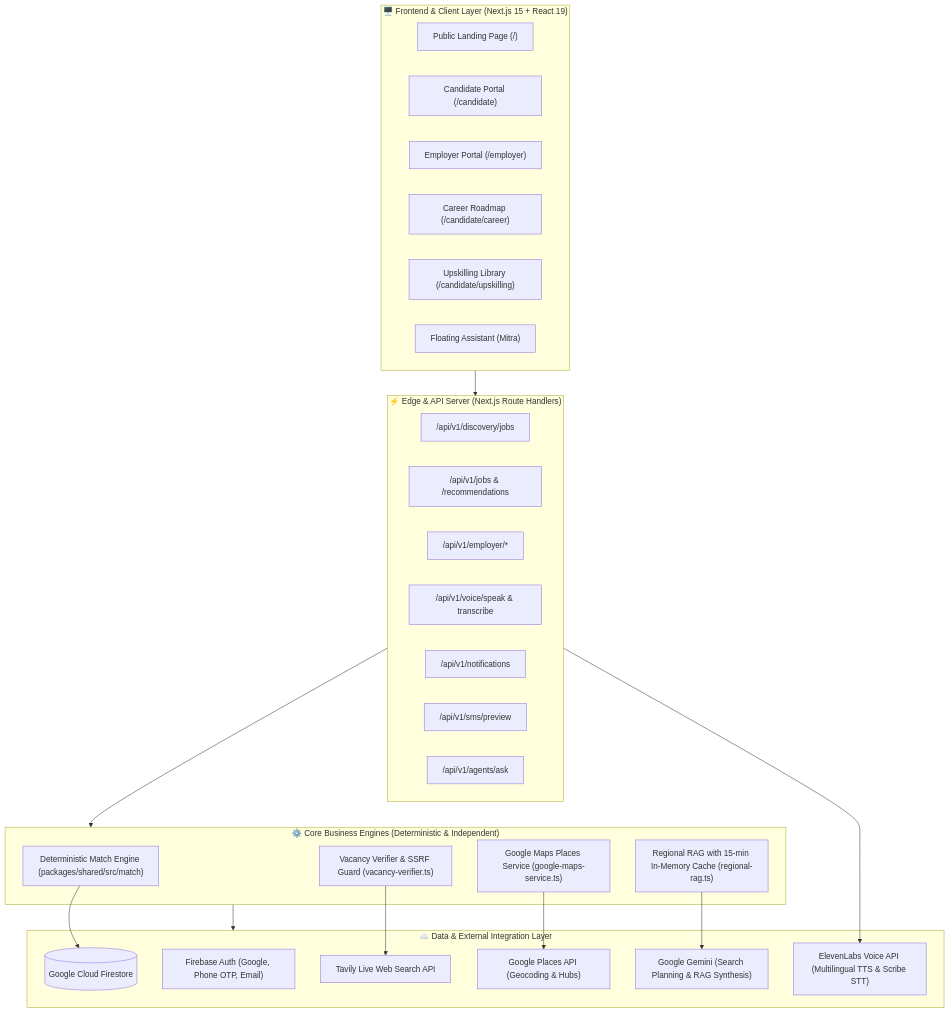
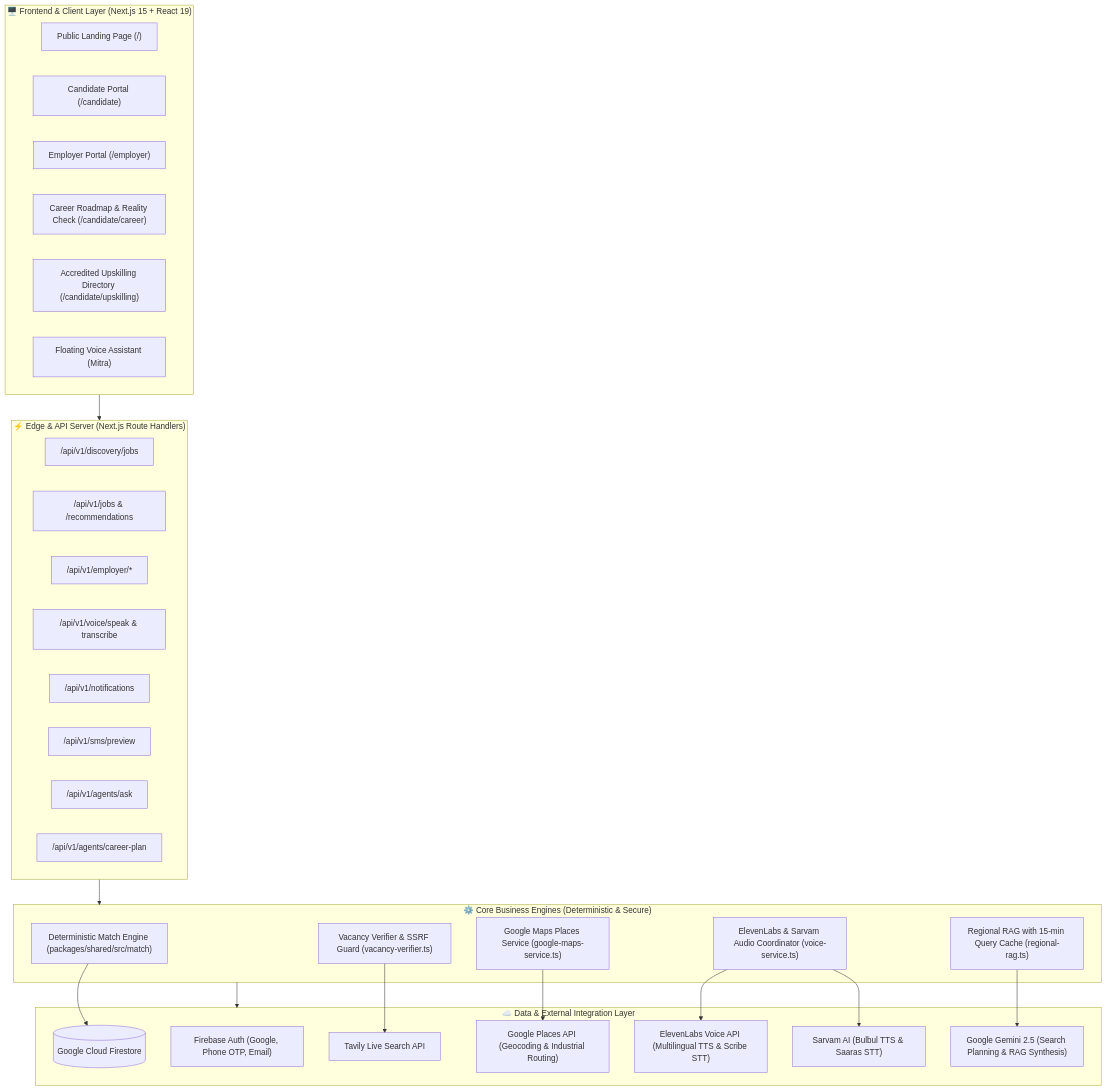
One commit to Atharvchaskar008/Rojgarmitra changed the first of 2 diagrams in README.md. Above: the diagram before and after it, drawn with Mermaid. The commit also changed other lines of this file and 22 other files, not shown here.

````diff
--- a/README.md
+++ b/README.md
@@ -34,46 +157,50 @@
 ```mermaid
 flowchart TB
     subgraph ClientLayer["🖥️ Frontend & Client Layer (Next.js 15 + React 19)"]
         UI_Landing["Public Landing Page (/)"]
         UI_Candidate["Candidate Portal (/candidate)"]
         UI_Employer["Employer Portal (/employer)"]
-        UI_Career["Career Roadmap (/candidate/career)"]
-        UI_Upskilling["Upskilling Library (/candidate/upskilling)"]
-        UI_Mitra["Floating Assistant (Mitra)"]
+        UI_Career["Career Roadmap & Reality Check (/candidate/career)"]
+        UI_Upskilling["Accredited Upskilling Directory (/candidate/upskilling)"]
+        UI_Mitra["Floating Voice Assistant (Mitra)"]
     end
 
     subgraph APILayer["⚡ Edge & API Server (Next.js Route Handlers)"]
         API_Discovery["/api/v1/discovery/jobs"]
         API_Jobs["/api/v1/jobs & /recommendations"]
         API_Employer["/api/v1/employer/*"]
         API_Voice["/api/v1/voice/speak & transcribe"]
         API_Notifications["/api/v1/notifications"]
         API_SMS["/api/v1/sms/preview"]
         API_RAG["/api/v1/agents/ask"]
+        API_CareerPlan["/api/v1/agents/career-plan"]
     end
 
-    subgraph CoreEngines["⚙️ Core Business Engines (Deterministic & Independent)"]
+    subgraph CoreEngines["⚙️ Core Business Engines (Deterministic & Secure)"]
         Engine_Match["Deterministic Match Engine (packages/shared/src/match)"]
         Engine_Verifier["Vacancy Verifier & SSRF Guard (vacancy-verifier.ts)"]
         Engine_Maps["Google Maps Places Service (google-maps-service.ts)"]
-        Engine_RAG["Regional RAG with 15-min In-Memory Cache (regional-rag.ts)"]
+        Engine_RAG["Regional RAG with 15-min Query Cache (regional-rag.ts)"]
+        Engine_Voice["ElevenLabs & Sarvam Audio Coordinator (voice-service.ts)"]
     end
 
     subgraph DataServices["☁️ Data & External Integration Layer"]
         DB_Firestore[("Google Cloud Firestore")]
         AUTH_Firebase["Firebase Auth (Google, Phone OTP, Email)"]
-        API_Tavily["Tavily Live Web Search API"]
-        API_Maps["Google Places API (Geocoding & Hubs)"]
+        API_Tavily["Tavily Live Search API"]
+        API_Maps["Google Places API (Geocoding & Industrial Routing)"]
         API_ElevenLabs["ElevenLabs Voice API (Multilingual TTS & Scribe STT)"]
-        API_Gemini["Google Gemini (Search Planning & RAG Synthesis)"]
+        API_Sarvam["Sarvam AI (Bulbul TTS & Saaras STT)"]
+        API_Gemini["Google Gemini 2.5 (Search Planning & RAG Synthesis)"]
     end
 
     ClientLayer --> APILayer
     APILayer --> CoreEngines
     CoreEngines --> DataServices
     Engine_Match --> DB_Firestore
     Engine_Verifier --> API_Tavily
     Engine_Maps --> API_Maps
-    APILayer --> API_ElevenLabs
+    Engine_Voice --> API_ElevenLabs
+    Engine_Voice --> API_Sarvam
     Engine_RAG --> API_Gemini
 ```
````
